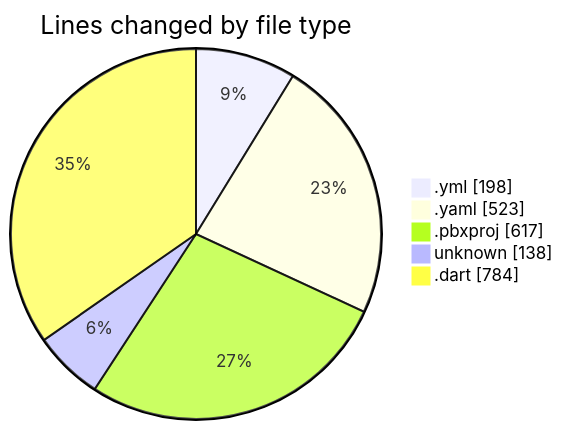
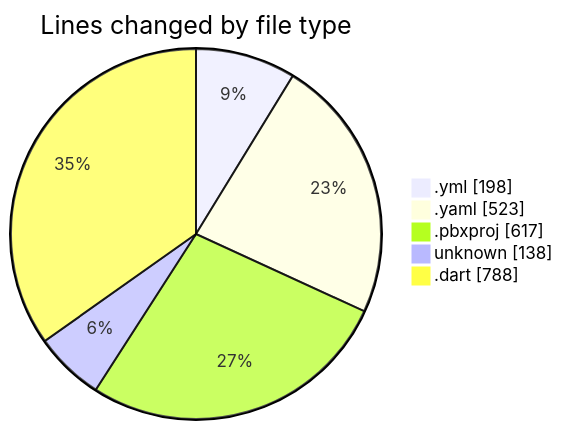
One commit to lephambinh05/code-tracking changed the first of 2 diagrams in 2025-08-08/studybuddy/README.md. Above: the diagram before and after it, drawn with Mermaid. The commit also changed other lines of this file and 1 other file, not shown here.

````diff
--- a/2025-08-08/studybuddy/README.md
+++ b/2025-08-08/studybuddy/README.md
@@ -26,9 +26,9 @@
 ```mermaid
 pie showData
 title Lines changed by file type
 ".yml" : 198
 ".yaml" : 523
 ".pbxproj" : 617
 "unknown" : 138
-".dart" : 784
+".dart" : 788
 ```
````
